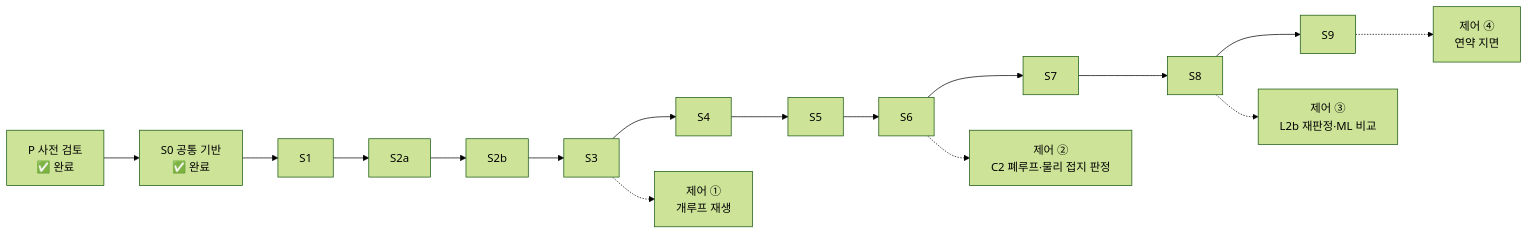
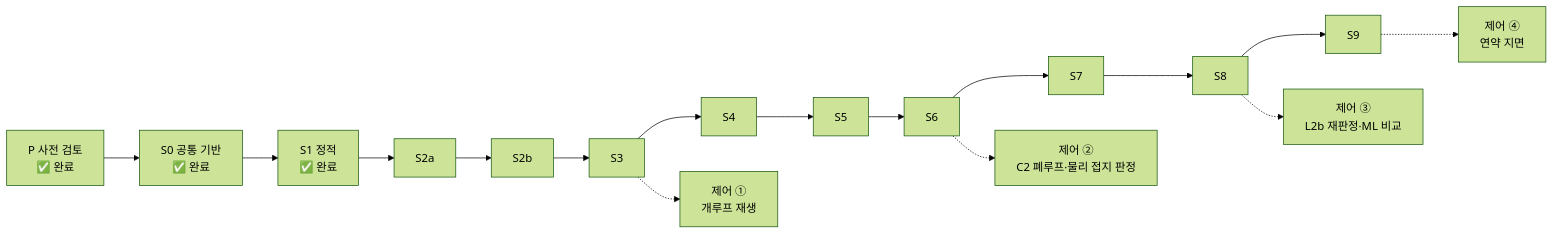
The diagram in 00_docs/00_roadmap.md (jinbeomjeong/outrigger_control), drawn with Mermaid (forest theme) before and after one commit. The commit also changed other lines of this file and 23 other files, not shown here.

````diff
--- a/00_docs/00_roadmap.md
+++ b/00_docs/00_roadmap.md
@@ -17,10 +17,10 @@
 ```mermaid
 flowchart LR
     P["P 사전 검토<br/>✅ 완료"] --> S0["S0 공통 기반<br/>✅ 완료"]
-    S0 --> S1 --> S2a --> S2b --> S3 --> S4 --> S5 --> S6
+    S0 --> S1["S1 정적<br/>✅ 완료"] --> S2a --> S2b --> S3 --> S4 --> S5 --> S6
     S6 --> S7 --> S8 --> S9
     S3 -.-> C1["제어 ①<br/>개루프 재생"]
     S6 -.-> C2["제어 ②<br/>C2 폐루프·물리 접지 판정"]
     S8 -.-> C3["제어 ③<br/>L2b 재판정·ML 비교"]
     S9 -.-> C4["제어 ④<br/>연약 지면"]
 ```
````
